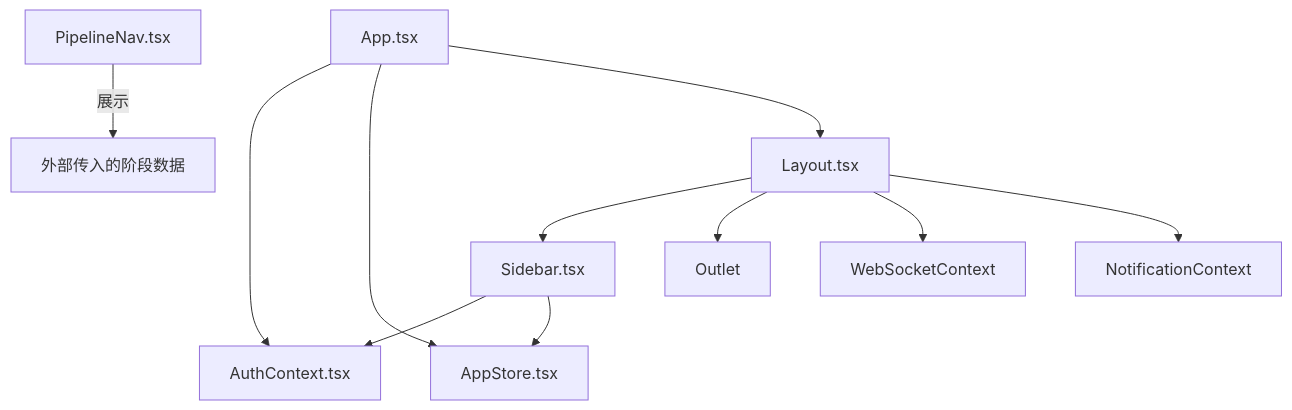
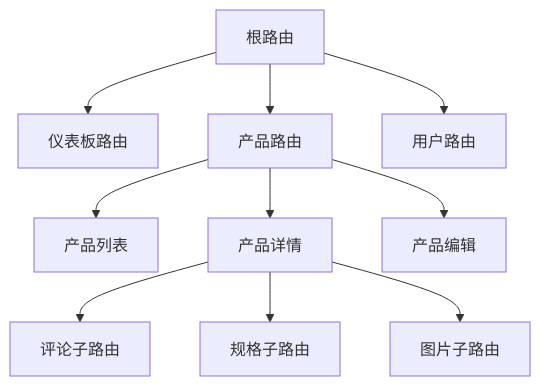
One commit to angledick/- changed the fourth of 6 diagrams in .qoder/repowiki/zh/content/前端应用架构/路由与导航.md. Above: the diagram before and after it, drawn with Mermaid. The commit also changed other lines of this file and 770 other files, not shown here.

````diff
--- a/.qoder/repowiki/zh/content/前端应用架构/路由与导航.md
+++ b/.qoder/repowiki/zh/content/前端应用架构/路由与导航.md
@@ -244,13 +169,12 @@
 ```mermaid
 graph TB
-App["App.tsx"] --> Auth["AuthContext.tsx"]
-App --> Store["AppStore.tsx"]
-App --> LayoutComp["Layout.tsx"]
-LayoutComp --> SidebarComp["Sidebar.tsx"]
-LayoutComp --> Outlet["Outlet"]
-SidebarComp --> Auth
-SidebarComp --> Store
-LayoutComp --> WS["WebSocketContext"]
-LayoutComp --> Notify["NotificationContext"]
-Pipeline["PipelineNav.tsx"] --> |展示| Data["外部传入的阶段数据"]
+A["根路由"] --> B["仪表板路由"]
+A --> C["产品路由"]
+A --> D["用户路由"]
+C --> E["产品列表"]
+C --> F["产品详情"]
+C --> G["产品编辑"]
+F --> H["评论子路由"]
+F --> I["规格子路由"]
+F --> J["图片子路由"]
 ```
````
